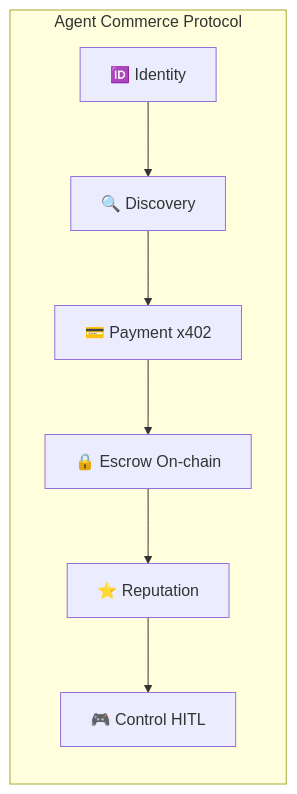
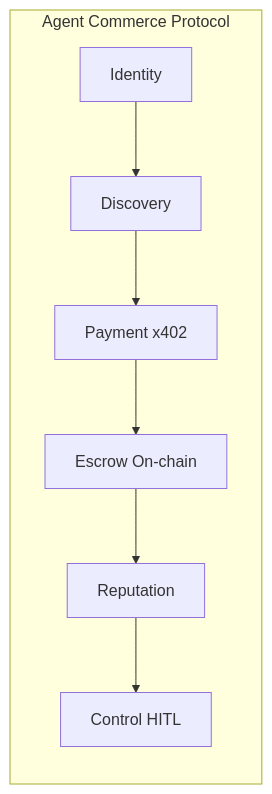
One commit to Andy00L/ton-agent-kit changed the third of 4 diagrams in README.md. Above: the diagram before and after it, drawn with Mermaid. The commit also changed other lines of this file and 1 other file, not shown here.

````diff
--- a/README.md
+++ b/README.md
@@ -802,10 +822,10 @@
 ```mermaid
 flowchart LR
     subgraph "Agent Commerce Protocol"
-        I[🆔 Identity] --> D[🔍 Discovery]
-        D --> P[💳 Payment x402]
-        P --> E[🔒 Escrow On-chain]
-        E --> R[⭐ Reputation]
-        R --> C[🎮 Control HITL]
+        I[Identity] --> D[Discovery]
+        D --> P[Payment x402]
+        P --> E[Escrow On-chain]
+        E --> R[Reputation]
+        R --> C[Control HITL]
     end
 ```
````
